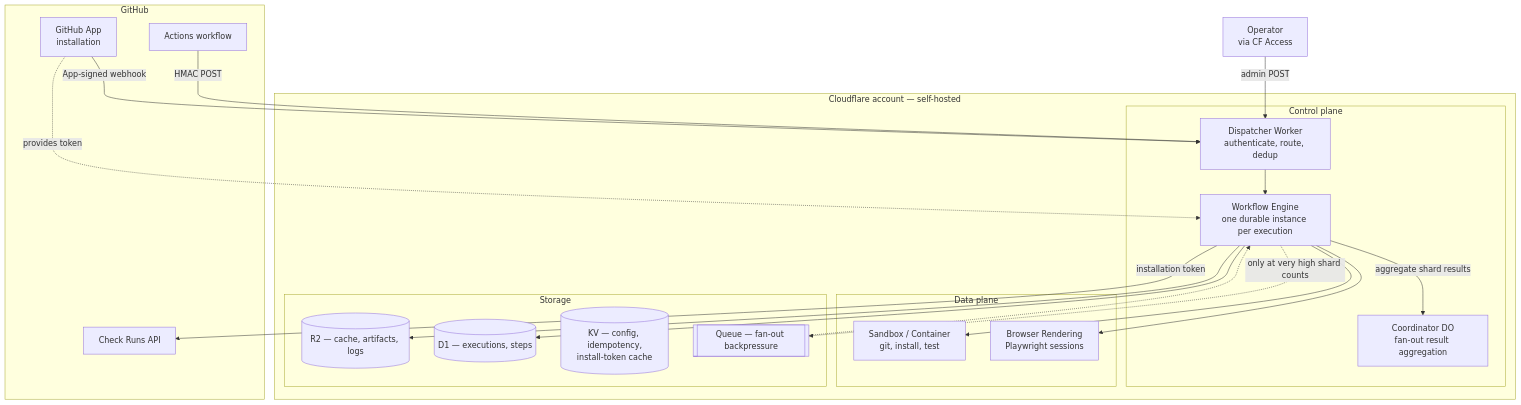
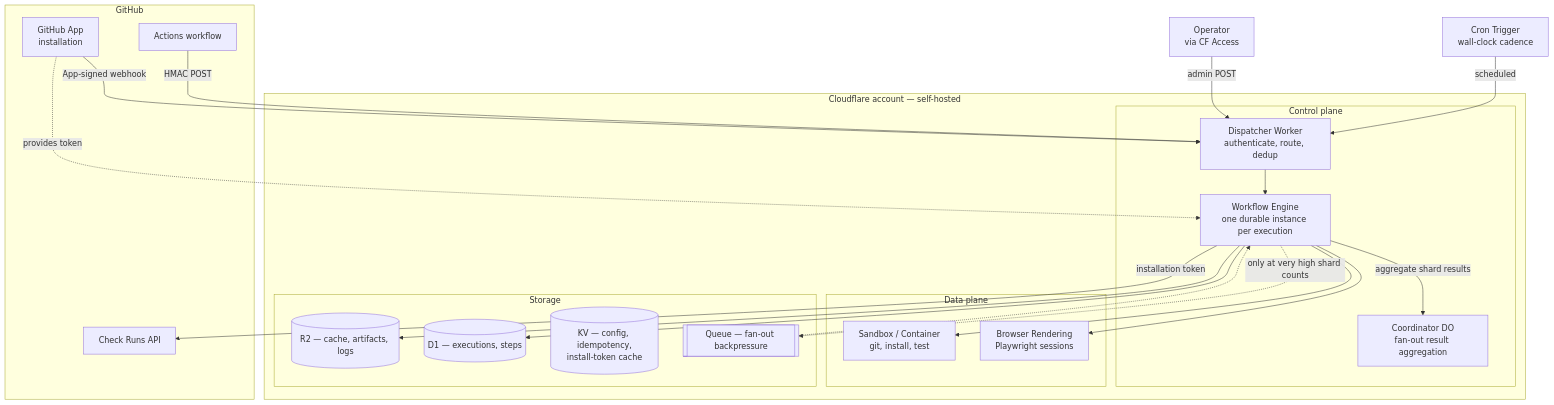
One commit to OpenHackersClub/flare-dispatch changed the first of 4 diagrams in specs/01-architecture.md. Above: the diagram before and after it, drawn with Mermaid. The commit also changed other lines of this file and 16 other files, not shown here.

````diff
--- a/specs/01-architecture.md
+++ b/specs/01-architecture.md
@@ -9,40 +9,41 @@
 ```mermaid
 flowchart TB
   subgraph GH[GitHub]
     GHA[Actions workflow]
     APP[GitHub App<br/>installation]
     CHK[Check Runs API]
   end
 
   subgraph CF[Cloudflare account — self-hosted]
     subgraph CP[Control plane]
       DSP[Dispatcher Worker<br/>authenticate, route, dedup]
       WF[Workflow Engine<br/>one durable instance per execution]
       CO[Coordinator DO<br/>fan-out result aggregation]
     end
     subgraph DP[Data plane]
       SB[Sandbox / Container<br/>git, install, test]
       BR[Browser Rendering<br/>Playwright sessions]
     end
     subgraph ST[Storage]
       R2[(R2 — cache, artifacts, logs)]
       D1[(D1 — executions, steps)]
       KV[(KV — config, idempotency,<br/>install-token cache)]
       Q[[Queue — fan-out backpressure]]
     end
   end
 
   GHA -->|HMAC POST| DSP
   APP -->|App-signed webhook| DSP
+  CRON[Cron Trigger<br/>wall-clock cadence] -->|scheduled| DSP
   Admin[Operator<br/>via CF Access] -->|admin POST| DSP
   DSP --> WF
   WF -->|aggregate shard results| CO
   WF --> SB
   WF --> BR
   WF --> R2
   WF --> D1
   WF -.->|only at very high shard counts| Q
   Q -.-> WF
   WF -->|installation token| CHK
   APP -.->|provides token| WF
 ```
````
